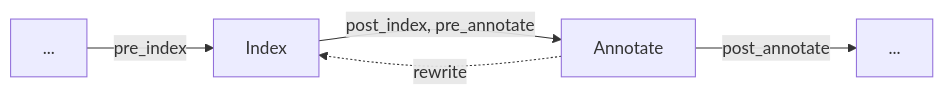
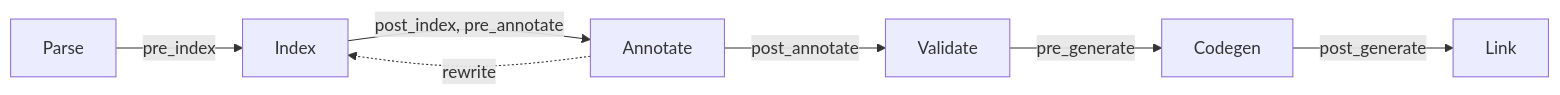
The second of 2 diagrams in book/technical/pipeline/00-driver.md (PLC-lang/rusty), drawn with Mermaid before and after one commit. The commit also changed other lines of this file, not shown here.

````diff
--- a/book/technical/pipeline/00-driver.md
+++ b/book/technical/pipeline/00-driver.md
@@ -43,5 +43,5 @@
 ```mermaid
 flowchart LR
-    A[...] -- pre_index --> index[Index] -- post_index, pre_annotate --> annotate[Annotate] -- post_annotate --> B[...]
+    parse[Parse] -- pre_index --> index[Index] -- post_index, pre_annotate --> annotate[Annotate] -- post_annotate --> validate[Validate] -- pre_generate --> codegen[Codegen] -- post_generate --> link[Link]
     annotate -. rewrite .-> index
 ```
````
